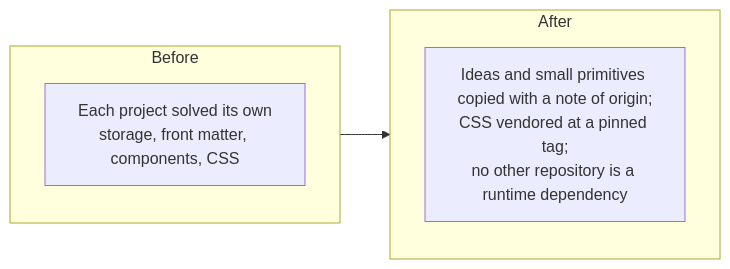
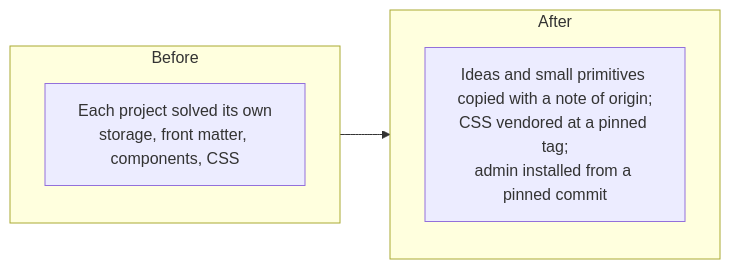
One commit to AADigitalBusiness/AAD-docs changed the diagram in aad_docs/docs/07-decisions/0014-reuse-from-the-owners-repositories.md. Above: the diagram before and after it, drawn with Mermaid. The commit also changed other lines of this file and 38 other files, not shown here.

````diff
--- a/aad_docs/docs/07-decisions/0014-reuse-from-the-owners-repositories.md
+++ b/aad_docs/docs/07-decisions/0014-reuse-from-the-owners-repositories.md
@@ -5,10 +5,10 @@
 ```mermaid
 flowchart LR
     subgraph before["Before"]
         b["Each project solved its own<br/>storage, front matter, components, CSS"]
     end
     subgraph after["After"]
-        a["Ideas and small primitives copied with a note of origin;<br/>CSS vendored at a pinned tag;<br/>no other repository is a runtime dependency"]
+        a["Ideas and small primitives copied with a note of origin;<br/>CSS vendored at a pinned tag;<br/>admin installed from a pinned commit"]
     end
     before --> after
 ```
````
